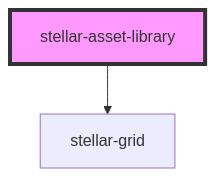
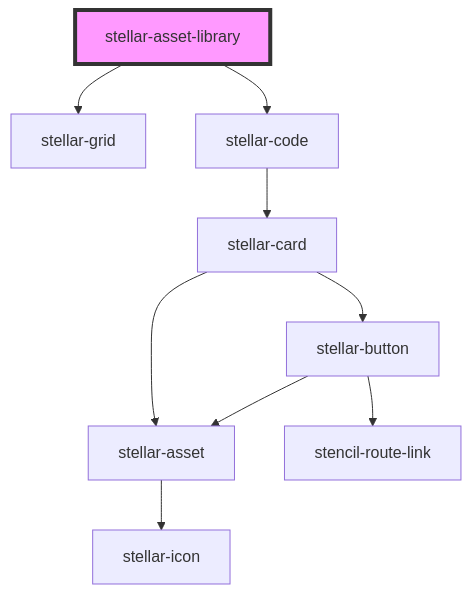
Before and after one commit to splitinfinities/Stellar: the diagram in src/components/helpers/asset-library/readme.md, drawn with Mermaid. The commit also changed other lines of this file and 50 other files, not shown here.

````diff
--- a/src/components/helpers/asset-library/readme.md
+++ b/src/components/helpers/asset-library/readme.md
@@ -15,5 +16,12 @@
 ```mermaid
 graph TD;
   stellar-asset-library --> stellar-grid
+  stellar-asset-library --> stellar-code
+  stellar-code --> stellar-card
+  stellar-card --> stellar-button
+  stellar-card --> stellar-asset
+  stellar-button --> stellar-asset
+  stellar-button --> stencil-route-link
+  stellar-asset --> stellar-icon
   style stellar-asset-library fill:#f9f,stroke:#333,stroke-width:4px
 ```
````
